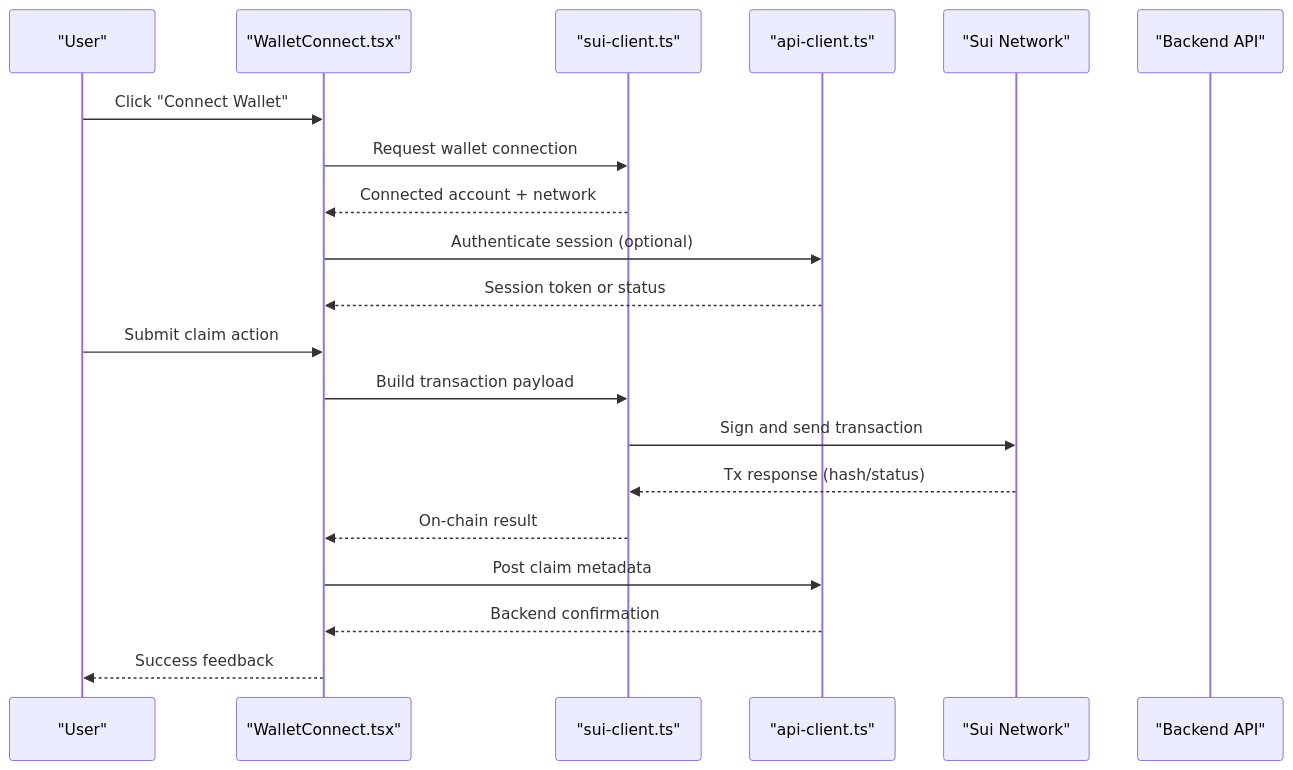
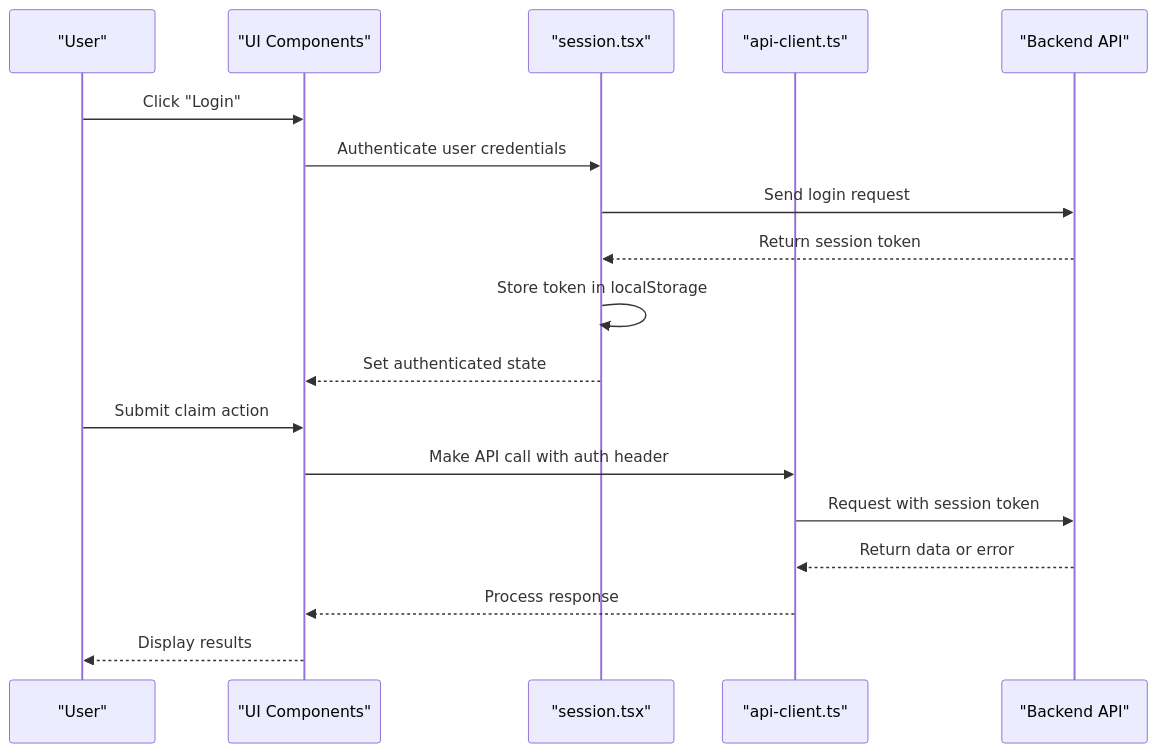
The second of 6 diagrams in .qoder/repowiki/en/content/Frontend Application/Wallet Connectivity & Blockchain Integration.md (hieudepoet/Insurix), drawn with Mermaid before and after one commit. The commit also changed other lines of this file and 63 other files, not shown here.

````diff
--- a/.qoder/repowiki/en/content/Frontend Application/Wallet Connectivity & Blockchain Integration.md
+++ b/.qoder/repowiki/en/content/Frontend Application/Wallet Connectivity & Blockchain Integration.md
@@ -87,22 +88,20 @@
 ```mermaid
 sequenceDiagram
 participant U as "User"
-participant UI as "WalletConnect.tsx"
-participant SC as "sui-client.ts"
-participant BK as "api-client.ts"
-participant SN as "Sui Network"
+participant UI as "UI Components"
+participant S as "session.tsx"
+participant A as "api-client.ts"
 participant BE as "Backend API"
-U->>UI : Click "Connect Wallet"
-UI->>SC : Request wallet connection
-SC-->>UI : Connected account + network
-UI->>BK : Authenticate session (optional)
-BK-->>UI : Session token or status
+U->>UI : Click "Login"
+UI->>S : Authenticate user credentials
+S->>BE : Send login request
+BE-->>S : Return session token
+S->>S : Store token in localStorage
+S-->>UI : Set authenticated state
 U->>UI : Submit claim action
-UI->>SC : Build transaction payload
-SC->>SN : Sign and send transaction
-SN-->>SC : Tx response (hash/status)
-SC-->>UI : On-chain result
-UI->>BK : Post claim metadata
-BK-->>UI : Backend confirmation
-UI-->>U : Success feedback
+UI->>A : Make API call with auth header
+A->>BE : Request with session token
+BE-->>A : Return data or error
+A-->>UI : Process response
+UI-->>U : Display results
 ```
````
